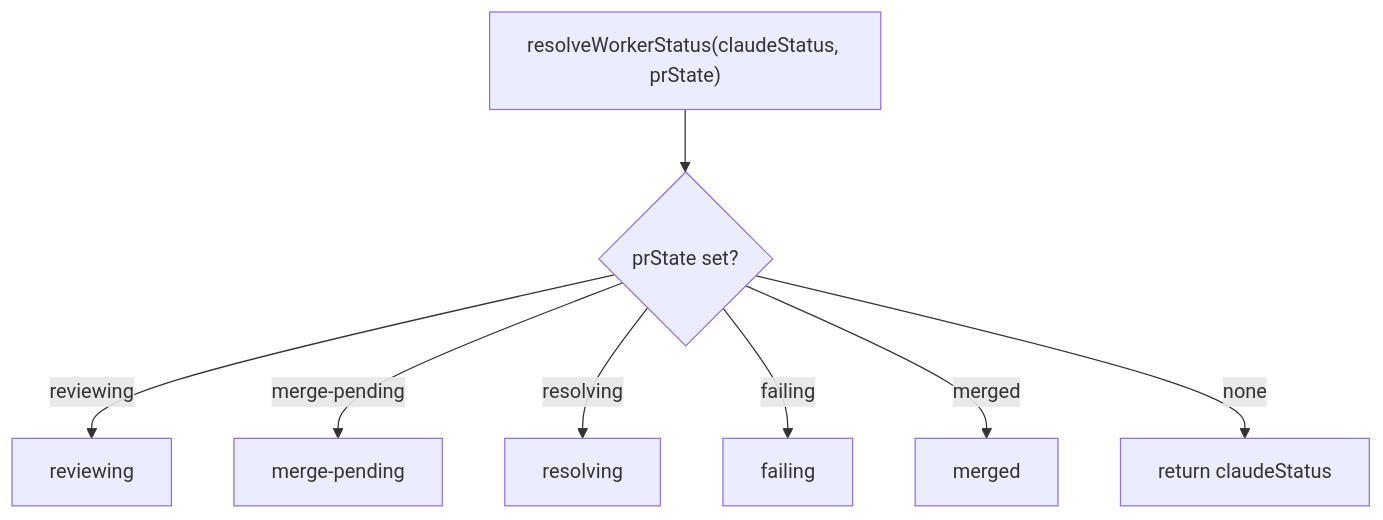
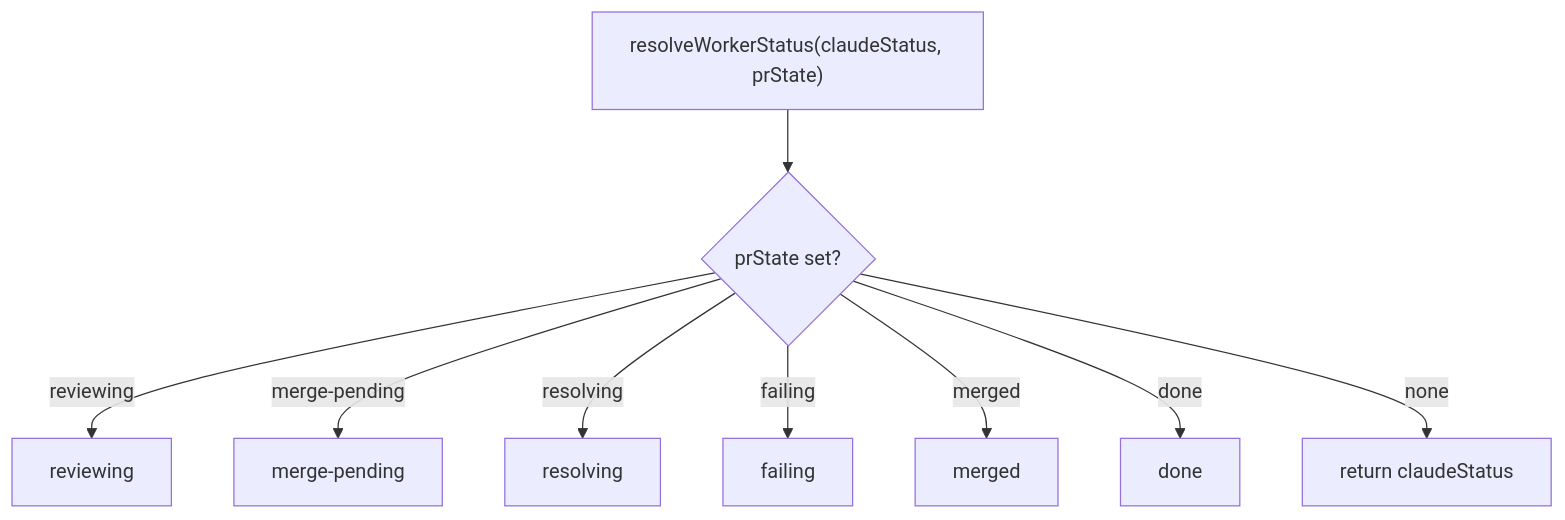
The second of 4 diagrams in src/dashboard/STATUS.md (keychanger/garden), drawn with Mermaid before and after one commit. The commit also changed other lines of this file and 12 other files, not shown here.

````diff
--- a/src/dashboard/STATUS.md
+++ b/src/dashboard/STATUS.md
@@ -399,10 +432,11 @@
 ```mermaid
 flowchart TD
     Start["resolveWorkerStatus(claudeStatus, prState)"] --> A{prState set?}
     A -->|reviewing| reviewing
     A -->|merge-pending| merge_pending["merge-pending"]
     A -->|resolving| resolving
     A -->|failing| failing
     A -->|merged| merged
+    A -->|done| done
     A -->|none| B["return claudeStatus"]
 ```
````
